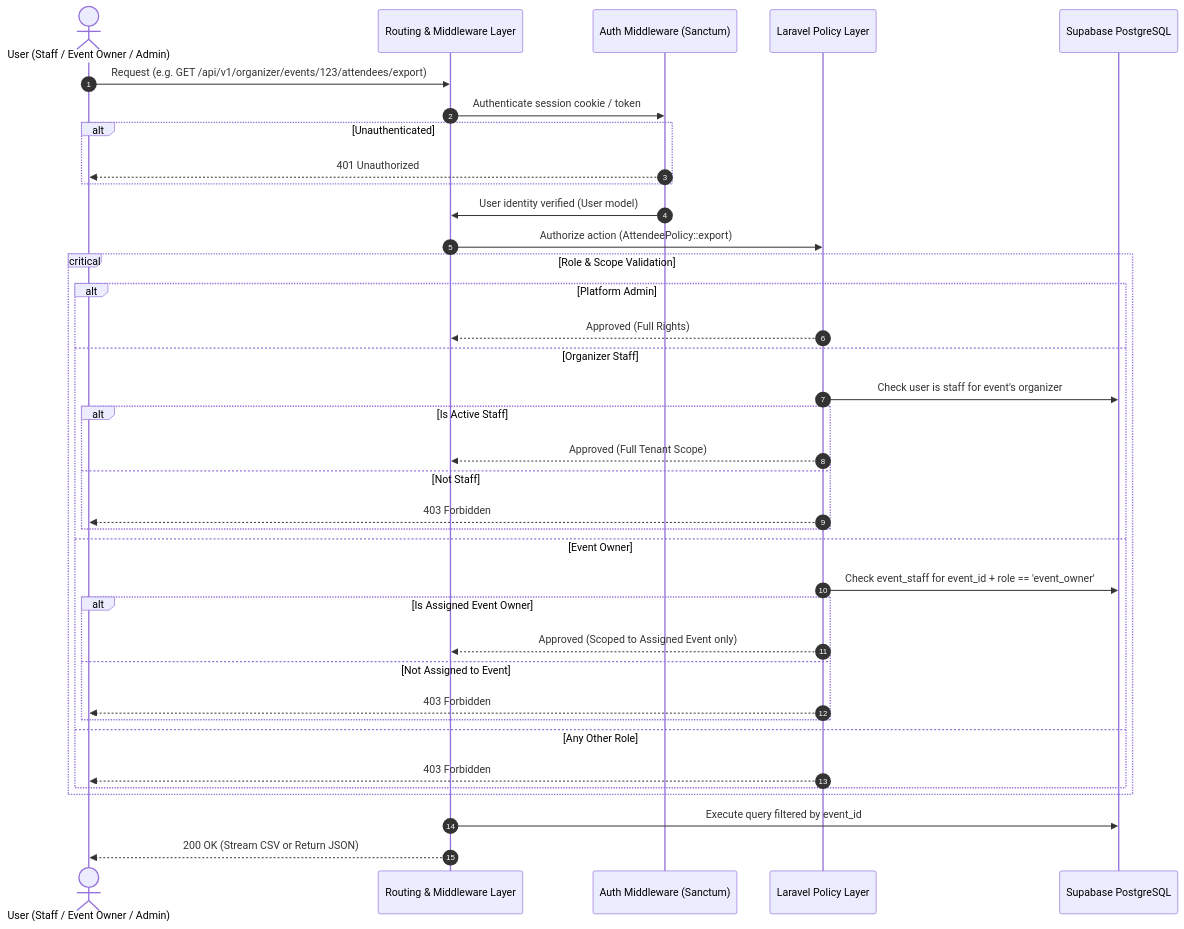
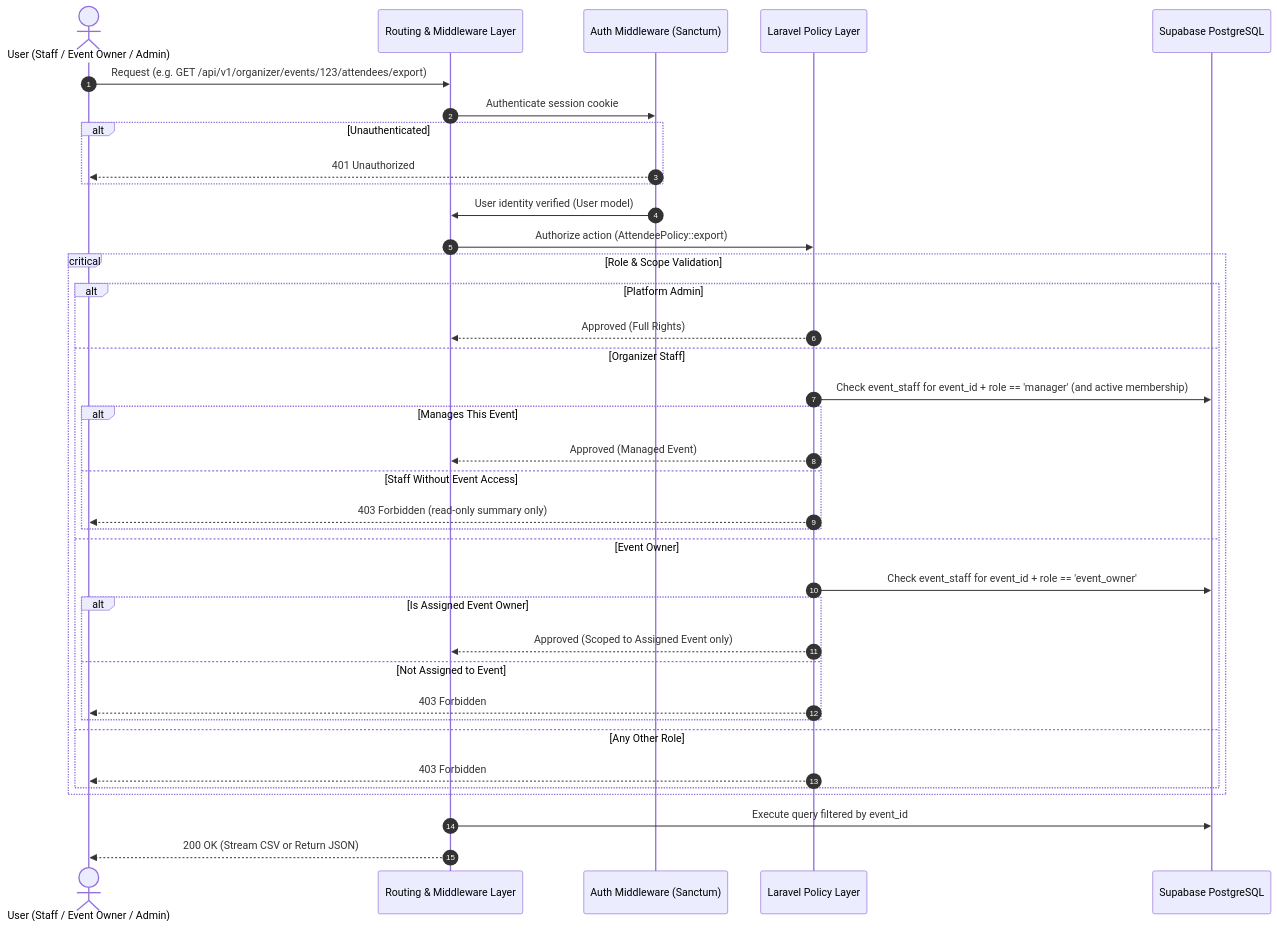
One commit to kreativesahara/ticket changed the diagram in doc/diagrams/roleandprivileage/02-authorization-pipeline.mmd. Above: the diagram before and after it, drawn with Mermaid. The commit also changed 39 other files, not shown here.

Commit message:
feat: add documentation, system diagrams, and state machine specifications for roles, use cases, and architecture

```diff
--- a/doc/diagrams/roleandprivileage/02-authorization-pipeline.mmd
+++ b/doc/diagrams/roleandprivileage/02-authorization-pipeline.mmd
@@ -1,41 +1,41 @@
 sequenceDiagram
     autonumber
     actor Client as User (Staff / Event Owner / Admin)
     participant HTTP as Routing & Middleware Layer
     participant Sanctum as Auth Middleware (Sanctum)
     participant Policy as Laravel Policy Layer
     participant DB as Supabase PostgreSQL
 
     Client->>HTTP: Request (e.g. GET /api/v1/organizer/events/123/attendees/export)
-    HTTP->>Sanctum: Authenticate session cookie / token
+    HTTP->>Sanctum: Authenticate session cookie
     alt Unauthenticated
         Sanctum-->>Client: 401 Unauthorized
     end
 
     Sanctum->>HTTP: User identity verified (User model)
     HTTP->>Policy: Authorize action (AttendeePolicy::export)
 
     critical Role & Scope Validation
         alt Platform Admin
             Policy-->>HTTP: Approved (Full Rights)
         else Organizer Staff
-            Policy->>DB: Check user is staff for event's organizer
-            alt Is Active Staff
-                Policy-->>HTTP: Approved (Full Tenant Scope)
-            else Not Staff
-                Policy-->>Client: 403 Forbidden
+            Policy->>DB: Check event_staff for event_id + role == 'manager' (and active membership)
+            alt Manages This Event
+                Policy-->>HTTP: Approved (Managed Event)
+            else Staff Without Event Access
+                Policy-->>Client: 403 Forbidden (read-only summary only)
             end
         else Event Owner
             Policy->>DB: Check event_staff for event_id + role == 'event_owner'
             alt Is Assigned Event Owner
                 Policy-->>HTTP: Approved (Scoped to Assigned Event only)
             else Not Assigned to Event
                 Policy-->>Client: 403 Forbidden
             end
         else Any Other Role
             Policy-->>Client: 403 Forbidden
         end
     end
 
     HTTP->>DB: Execute query filtered by event_id
     HTTP-->>Client: 200 OK (Stream CSV or Return JSON)
```
